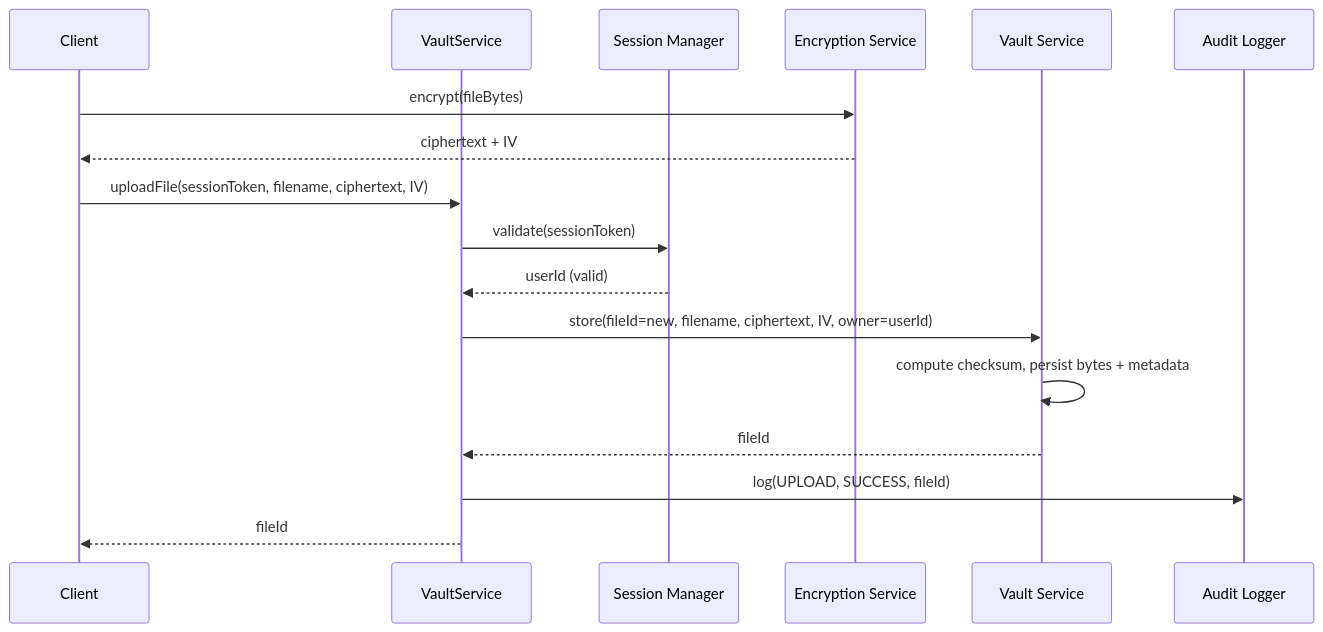
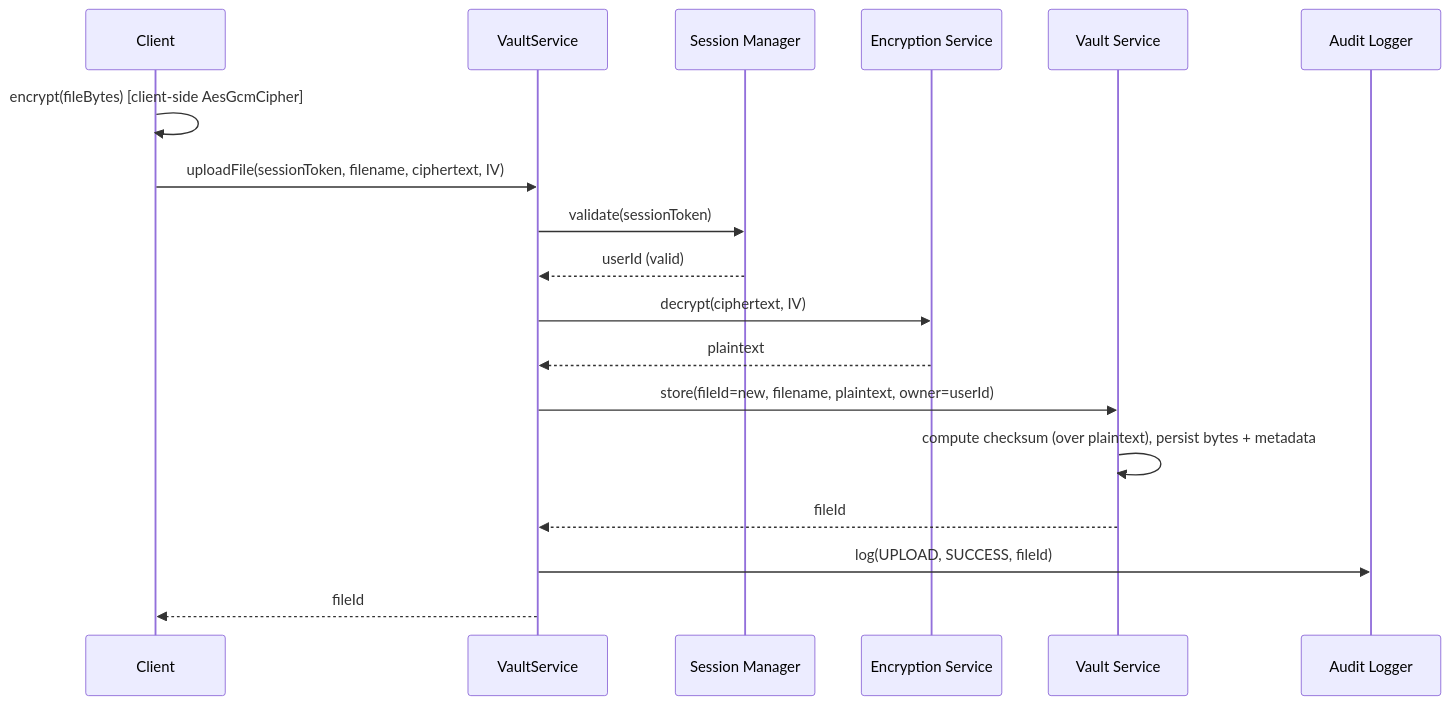
Before and after one commit to saad-ahmad-eng/Auth-App: the sixth of 18 diagrams in flow.md, drawn with Mermaid. The commit also changed other lines of this file and 30 other files, not shown here.

First line of the commit message:
phase-6: encryption — AES-256-GCM file payloads + RMI-over-TLS

````diff
--- a/flow.md
+++ b/flow.md
@@ -99,20 +101,21 @@
 ```mermaid
 sequenceDiagram
     participant C as Client
     participant V as VaultService
     participant S as Session Manager
     participant E as Encryption Service
     participant F as Vault Service
     participant L as Audit Logger
 
-    C->>E: encrypt(fileBytes)
-    E-->>C: ciphertext + IV
+    C->>C: encrypt(fileBytes) [client-side AesGcmCipher]
     C->>V: uploadFile(sessionToken, filename, ciphertext, IV)
     V->>S: validate(sessionToken)
     S-->>V: userId (valid)
-    V->>F: store(fileId=new, filename, ciphertext, IV, owner=userId)
-    F->>F: compute checksum, persist bytes + metadata
+    V->>E: decrypt(ciphertext, IV)
+    E-->>V: plaintext
+    V->>F: store(fileId=new, filename, plaintext, owner=userId)
+    F->>F: compute checksum (over plaintext), persist bytes + metadata
     F-->>V: fileId
     V->>L: log(UPLOAD, SUCCESS, fileId)
     V-->>C: fileId
 ```
````
